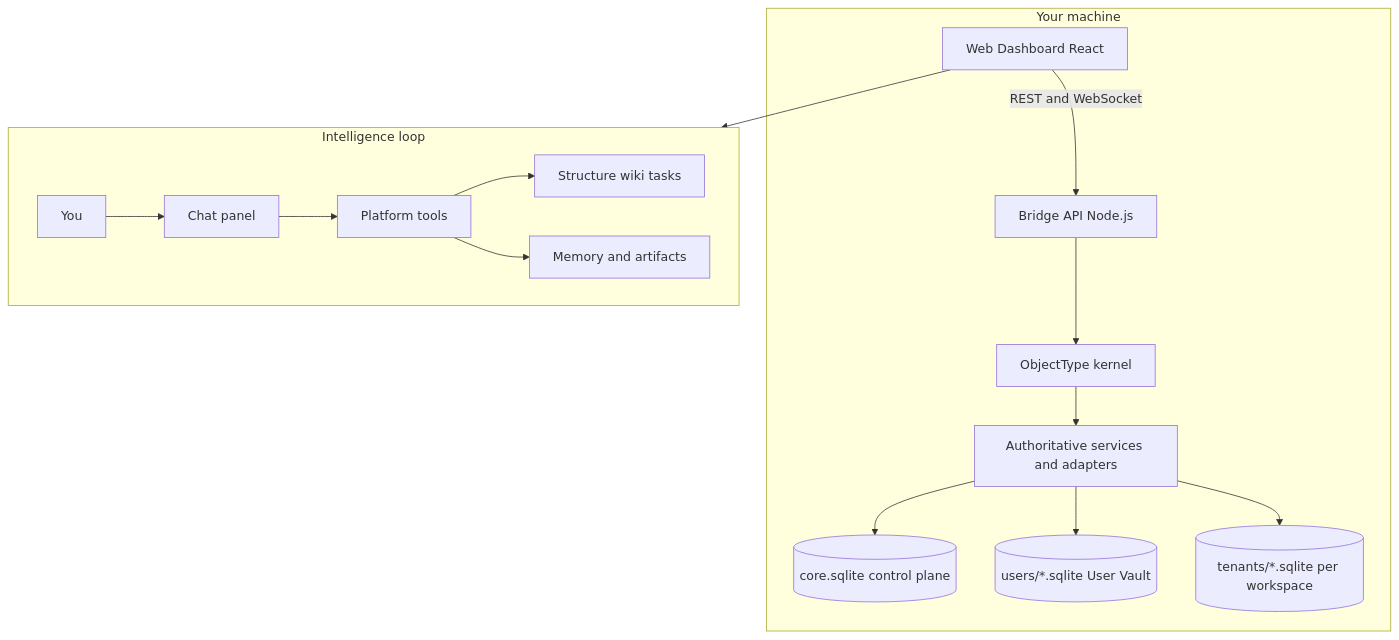
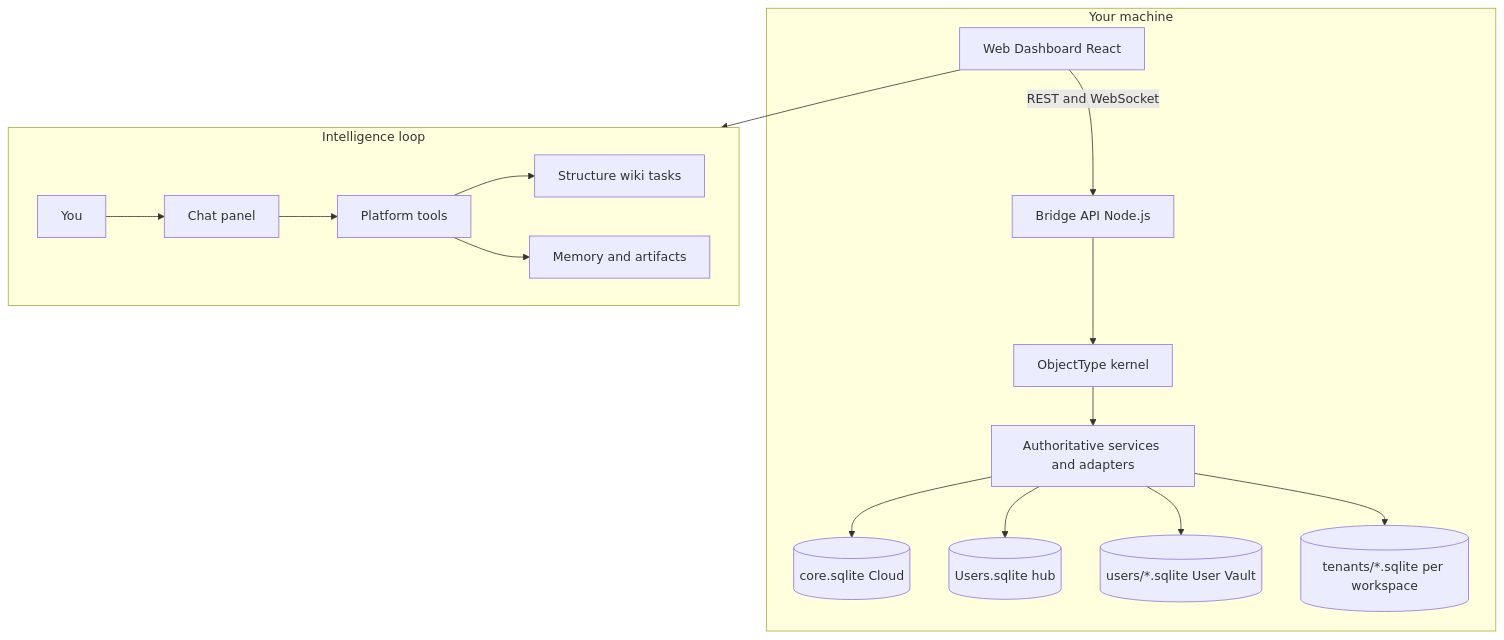
The first of 4 diagrams in README.md (ReBoticsAI/GodMode), drawn with Mermaid before and after one commit. The commit also changed 28 other files, not shown here.

First line of the commit message:
Split host hub surfaces into Users.sqlite beside Cloud core.

````diff
--- a/README.md
+++ b/README.md
@@ -69,25 +69,27 @@
 ```mermaid
 flowchart TB
   subgraph client [Your machine]
     Web[Web Dashboard React]
     Bridge[Bridge API Node.js]
     Kernel[ObjectType kernel]
     Services[Authoritative services and adapters]
-    CoreDb[(core.sqlite control plane)]
+    CloudDb[(core.sqlite Cloud)]
+    HostUsersDb[(Users.sqlite hub)]
     UserDb[(users/*.sqlite User Vault)]
     TenantDb[(tenants/*.sqlite per workspace)]
     Web -->|REST and WebSocket| Bridge
     Bridge --> Kernel
     Kernel --> Services
-    Services --> CoreDb
+    Services --> CloudDb
+    Services --> HostUsersDb
     Services --> UserDb
     Services --> TenantDb
   end
   subgraph intelligence [Intelligence loop]
     User[You] --> Chat[Chat panel]
     Chat --> Tools[Platform tools]
     Tools --> Structure[Structure wiki tasks]
     Tools --> Memory[Memory and artifacts]
   end
   Web --> intelligence
 ```
````
